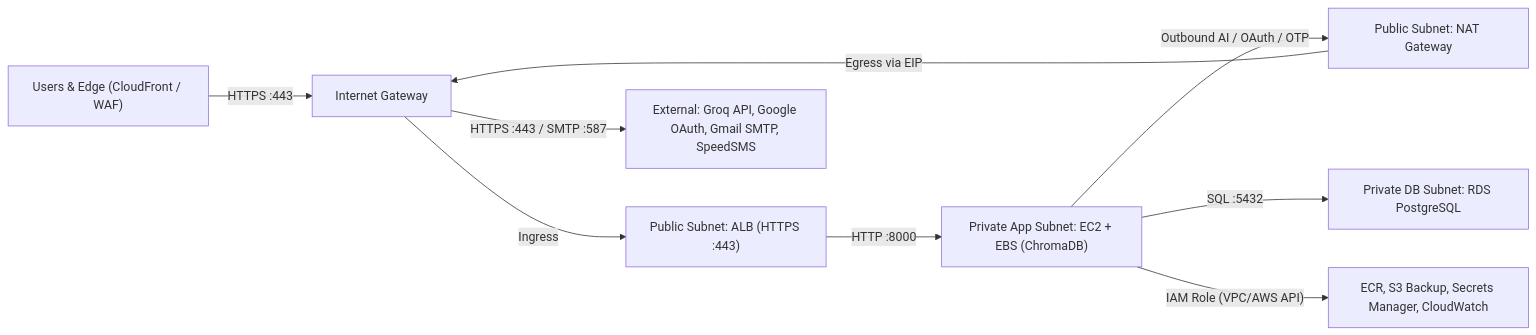
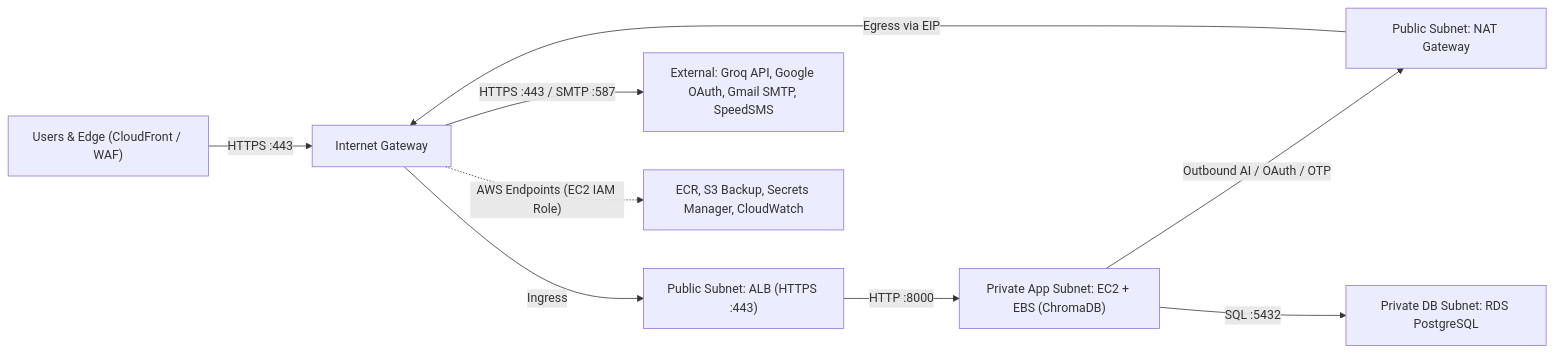
One commit to khiemdong2005/workshop_NguyenThanhKhiem changed the diagram in content/5-Workshop/5.3-AWS-Infrastructure/_index.md. Above: the diagram before and after it, drawn with Mermaid. The commit also changed 7 other files, not shown here.

Commit message:
docs(workshop): fix 5.4.4 facility/chat JSON & OCR headings, 5.6 empty-bucket guard, 5.3 IGW->AWS arrow, and 5.4.2 host uid

```diff
--- a/content/5-Workshop/5.3-AWS-Infrastructure/_index.md
+++ b/content/5-Workshop/5.3-AWS-Infrastructure/_index.md
@@ -19,11 +19,11 @@
 {{< mermaid >}}
 graph LR
     USER["Users & Edge (CloudFront / WAF)"] -->|"HTTPS :443"| IGW["Internet Gateway"]
     IGW -->|"Ingress"| ALB["Public Subnet: ALB (HTTPS :443)"]
     ALB -->|"HTTP :8000"| EC2["Private App Subnet: EC2 + EBS (ChromaDB)"]
     EC2 -->|"Outbound AI / OAuth / OTP"| NAT["Public Subnet: NAT Gateway"]
     NAT -->|"Egress via EIP"| IGW
     IGW -->|"HTTPS :443 / SMTP :587"| EXT["External: Groq API, Google OAuth, Gmail SMTP, SpeedSMS"]
     EC2 -->|"SQL :5432"| RDS["Private DB Subnet: RDS PostgreSQL"]
-    EC2 -->|"IAM Role (VPC/AWS API)"| AWS["ECR, S3 Backup, Secrets Manager, CloudWatch"]
+    IGW -.->|"AWS Endpoints (EC2 IAM Role)"| AWS["ECR, S3 Backup, Secrets Manager, CloudWatch"]
 {{< /mermaid >}}
```
